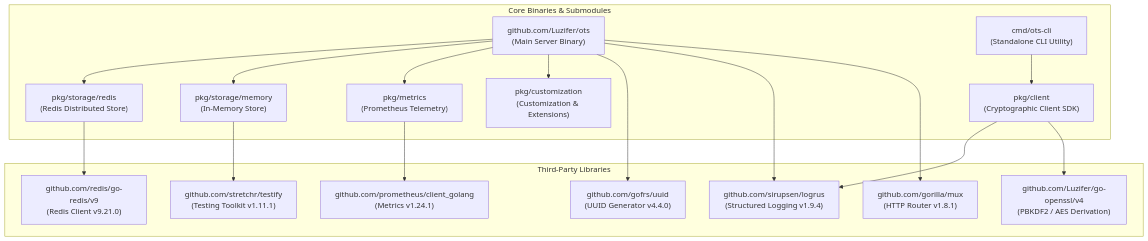
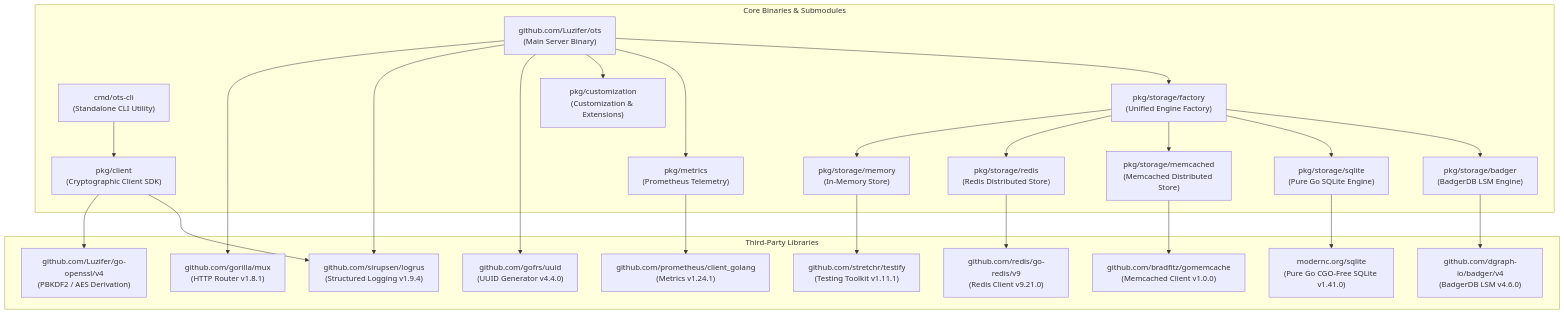
Before and after one commit to edsilegxrepo/ots: the third of 4 diagrams in ARCHITECTURE.md, drawn with Mermaid. The commit also changed other lines of this file and 18 other files, not shown here.

Commit message:
feat: add API-level extension filtering, Memcached, SQLite, BadgerDB storage backends, and UI supported extensions badges

````diff
--- a/ARCHITECTURE.md
+++ b/ARCHITECTURE.md
@@ -142,39 +146,53 @@
 ```mermaid
 graph TD
     subgraph "Core Binaries & Submodules"
         MainModule["github.com/Luzifer/ots<br/>(Main Server Binary)"]
         CLIModule["cmd/ots-cli<br/>(Standalone CLI Utility)"]
         ClientModule["pkg/client<br/>(Cryptographic Client SDK)"]
         CustModule["pkg/customization<br/>(Customization & Extensions)"]
         MetricsModule["pkg/metrics<br/>(Prometheus Telemetry)"]
         StorageMem["pkg/storage/memory<br/>(In-Memory Store)"]
         StorageRedis["pkg/storage/redis<br/>(Redis Distributed Store)"]
+        StorageMemcached["pkg/storage/memcached<br/>(Memcached Distributed Store)"]
+        StorageSQLite["pkg/storage/sqlite<br/>(Pure Go SQLite Engine)"]
+        StorageBadger["pkg/storage/badger<br/>(BadgerDB LSM Engine)"]
+        StorageFactory["pkg/storage/factory<br/>(Unified Engine Factory)"]
     end
 
     subgraph "Third-Party Libraries"
         Mux["github.com/gorilla/mux<br/>(HTTP Router v1.8.1)"]
         OpenSSL["github.com/Luzifer/go-openssl/v4<br/>(PBKDF2 / AES Derivation)"]
         Prometheus["github.com/prometheus/client_golang<br/>(Metrics v1.24.1)"]
         GoRedis["github.com/redis/go-redis/v9<br/>(Redis Client v9.21.0)"]
+        SQLiteDriver["modernc.org/sqlite<br/>(Pure Go CGO-Free SQLite v1.41.0)"]
+        BadgerDriver["github.com/dgraph-io/badger/v4<br/>(BadgerDB LSM v4.6.0)"]
+        MemcachedDriver["github.com/bradfitz/gomemcache<br/>(Memcached Client v1.0.0)"]
         Logrus["github.com/sirupsen/logrus<br/>(Structured Logging v1.9.4)"]
         UUID["github.com/gofrs/uuid<br/>(UUID Generator v4.4.0)"]
         Testify["github.com/stretchr/testify<br/>(Testing Toolkit v1.11.1)"]
     end
 
     MainModule --> Mux
     MainModule --> Logrus
     MainModule --> UUID
     MainModule --> CustModule
     MainModule --> MetricsModule
-    MainModule --> StorageMem
-    MainModule --> StorageRedis
+    MainModule --> StorageFactory
+    StorageFactory --> StorageMem
+    StorageFactory --> StorageRedis
+    StorageFactory --> StorageMemcached
+    StorageFactory --> StorageSQLite
+    StorageFactory --> StorageBadger
+    StorageSQLite --> SQLiteDriver
+    StorageBadger --> BadgerDriver
+    StorageMemcached --> MemcachedDriver
 
     ClientModule --> OpenSSL
     ClientModule --> Logrus
 
     CLIModule --> ClientModule
 
     MetricsModule --> Prometheus
     StorageRedis --> GoRedis
     StorageMem --> Testify
 ```
````
